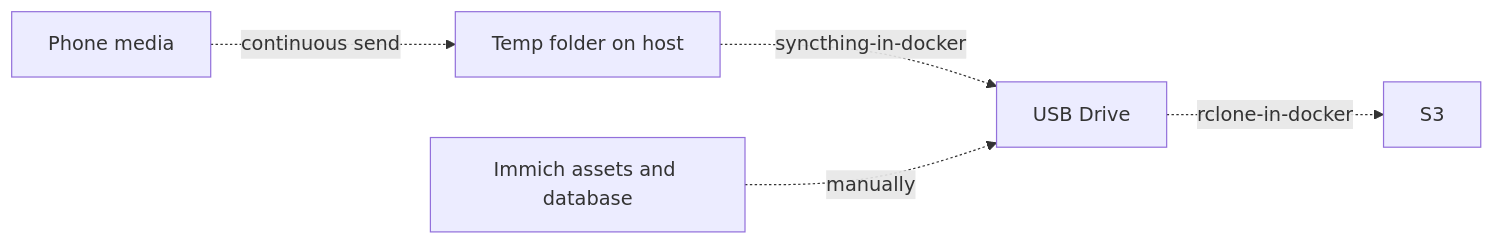
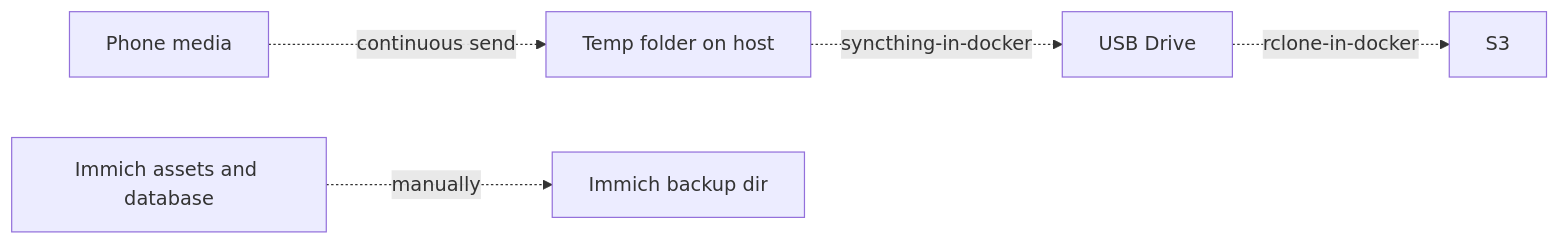
The diagram in README.md (funduck/photos), drawn with Mermaid before and after one commit. The commit also changed other lines of this file and 9 other files, not shown here.

Commit message:
sync.py: sync name used only for state path s3: saving whole STORAGE_DIR into bucket root immich backup: saves to another folder as it should not be uploaded to S3 limplified files layout: everything in STORAGE_DIR is mounted as one path in Immich, all is uploaded to S3

````diff
--- a/README.md
+++ b/README.md
@@ -29,7 +29,7 @@
 ```mermaid
 flowchart LR
     P[Phone media] -. continuous send .-> T[Temp folder on host]
     T -. syncthing-in-docker .-> S[USB Drive]
     S -. rclone-in-docker .-> B[S3]
-    I[Immich assets and database] -. manually .-> S
+    I[Immich assets and database] -. manually .-> IB[Immich backup dir]
 ```
````
